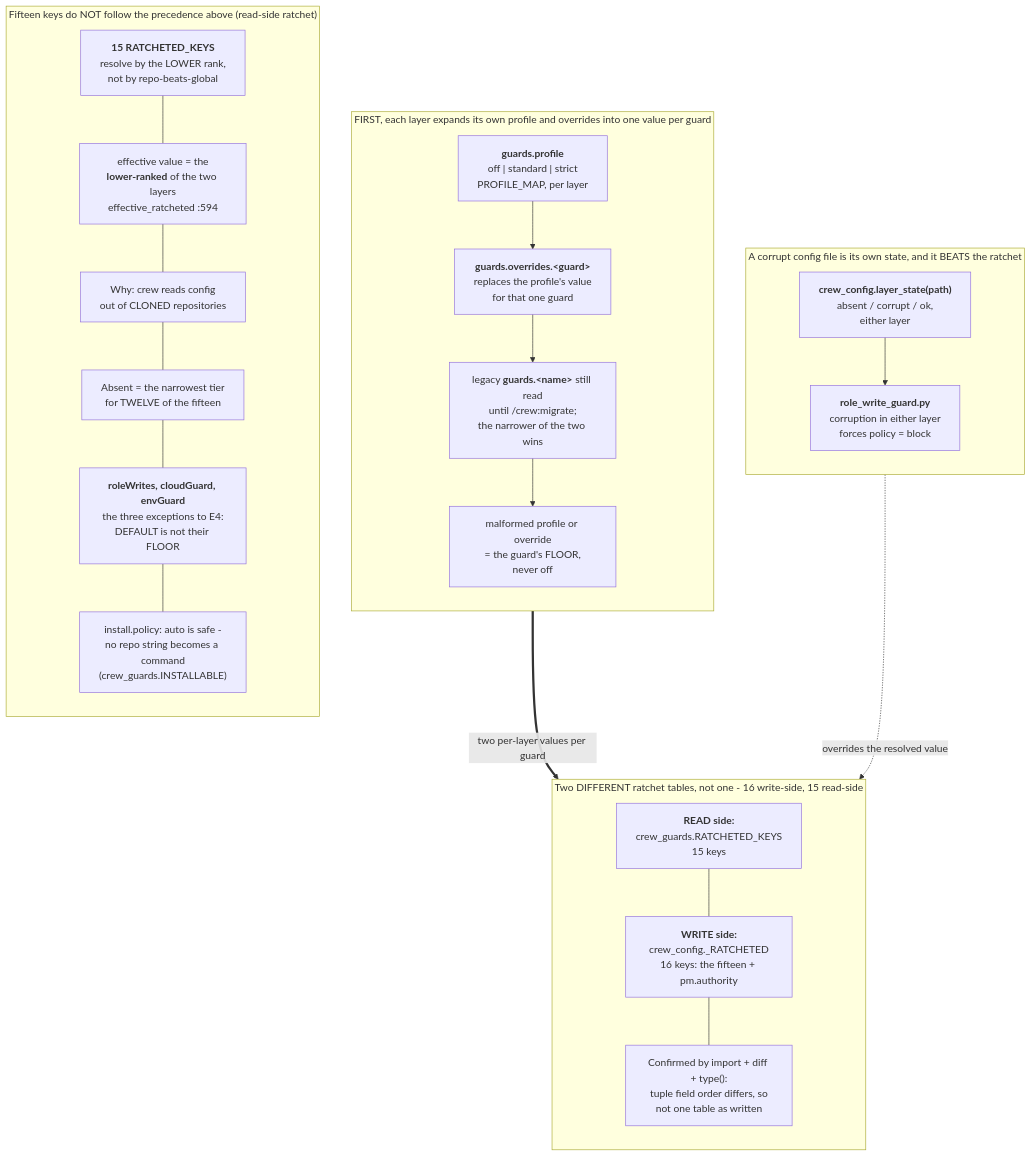
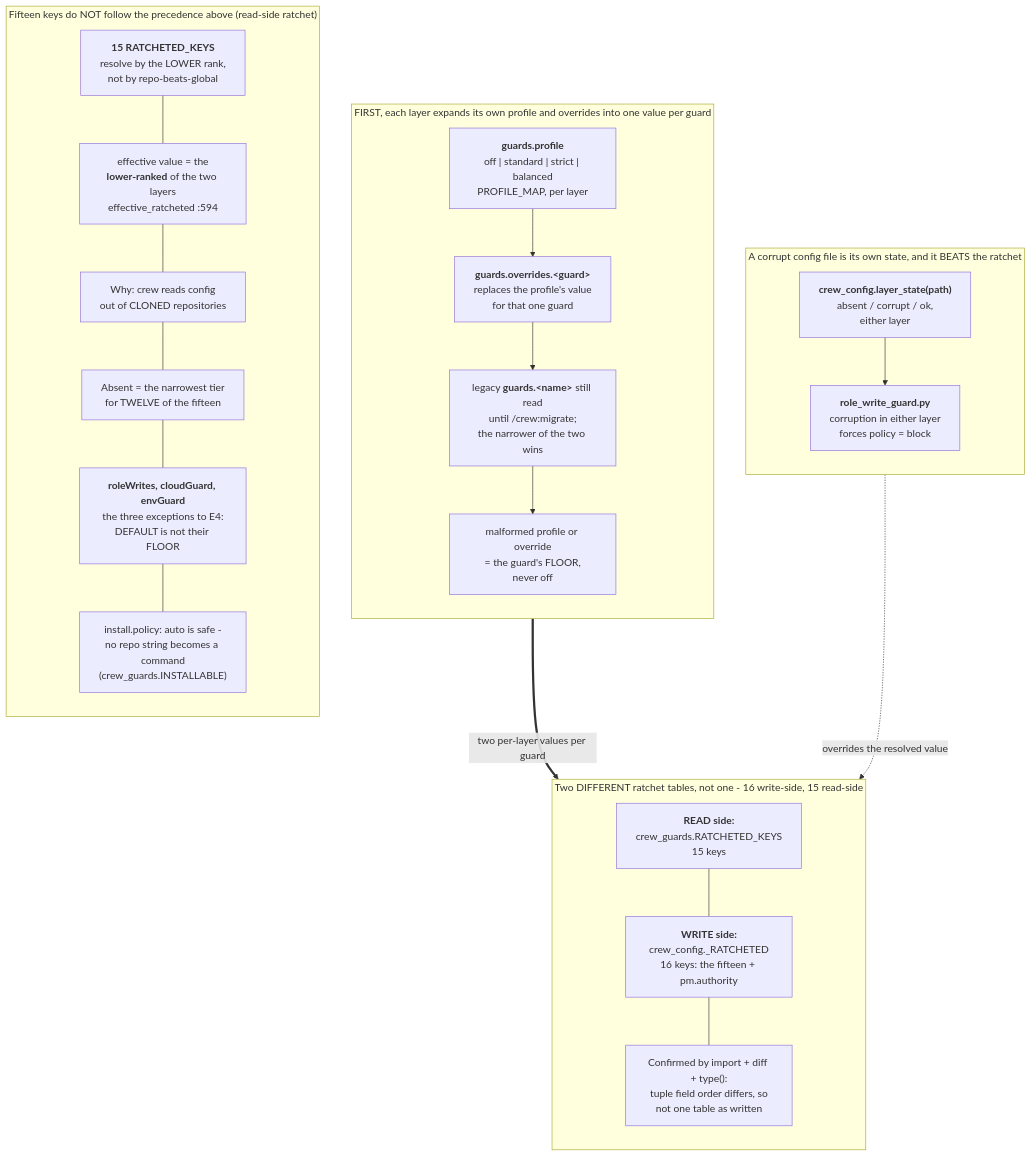
One commit to mbadali25/useful-claude-add-ons changed the diagram in docs/diagrams/data-flow-crew-config-ratchet.mmd. Above: the diagram before and after it, drawn with Mermaid. The commit also changed 26 other files, not shown here.

First line of the commit message:
feat(crew): balanced guard profile and the tiered value for dev/QA deploys (R-35)

```diff
--- a/docs/diagrams/data-flow-crew-config-ratchet.mmd
+++ b/docs/diagrams/data-flow-crew-config-ratchet.mmd
@@ -60,7 +60,7 @@
 %%     anchor drew at a smaller size. The tuple SHAPES still disagree
 %%     ((function, function, dict) write-side vs (tuple, function, function)
 %%     read-side), confirmed by `type()` on each element, not asserted.
-%% Note X1: <b>guards.profile</b> (off | standard | strict) is read in EACH layer separately: crew_guards.layer_guard_state :638 looks up the
+%% Note X1: <b>guards.profile</b> (off | standard | strict | balanced) is read in EACH layer separately: crew_guards.layer_guard_state :638 looks up the
 %%    layer's profile in PROFILE_MAP :240. off is today's GUARD_DEFAULTS, so a layer that sets nothing resolves as it always did.
 %%    The profile itself is never ratcheted.
 %% Note X2: <b>guards.overrides.&lt;guard&gt;</b> in the same layer replaces the profile's value for that one guard, validated against
@@ -114,7 +114,7 @@
 
     subgraph Expand["FIRST, each layer expands its own profile and overrides into one value per guard"]
         direction TB
-        X1["<b>guards.profile</b><br/>off | standard | strict<br/>PROFILE_MAP, per layer"]
+        X1["<b>guards.profile</b><br/>off | standard | strict | balanced<br/>PROFILE_MAP, per layer"]
         X2["<b>guards.overrides.&lt;guard&gt;</b><br/>replaces the profile's value<br/>for that one guard"]
         X3["legacy <b>guards.&lt;name&gt;</b> still read<br/>until /crew:migrate;<br/>the narrower of the two wins"]
         X4["malformed profile or override<br/>= the guard's FLOOR,<br/>never off"]
```
